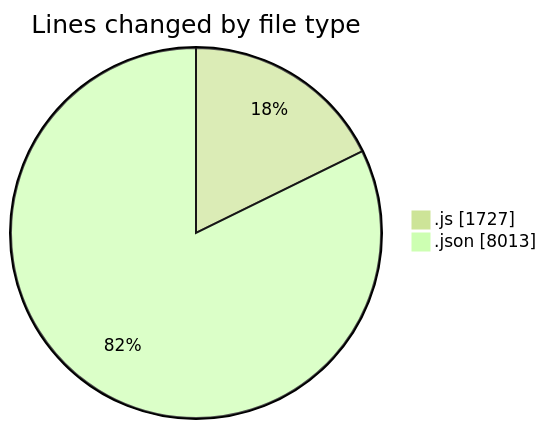
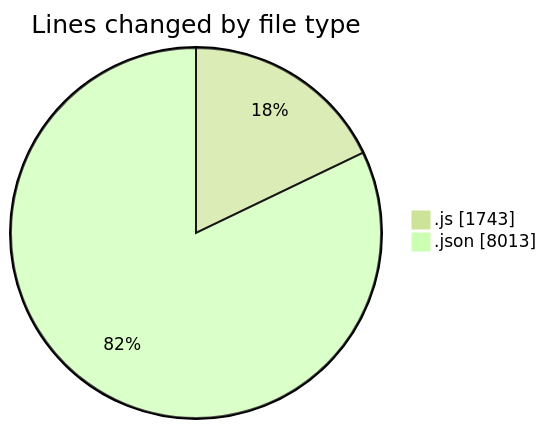
One commit to momahboobian/code-tracking changed the first of 2 diagrams in 2025-01-11/good-pr/README.md. Above: the diagram before and after it, drawn with Mermaid (forest theme). The commit also changed other lines of this file and 1 other file, not shown here.

````diff
--- a/2025-01-11/good-pr/README.md
+++ b/2025-01-11/good-pr/README.md
@@ -38,6 +38,6 @@
 ```mermaid
 pie showData
 title Lines changed by file type
-".js" : 1727
+".js" : 1743
 ".json" : 8013
 ```
````
